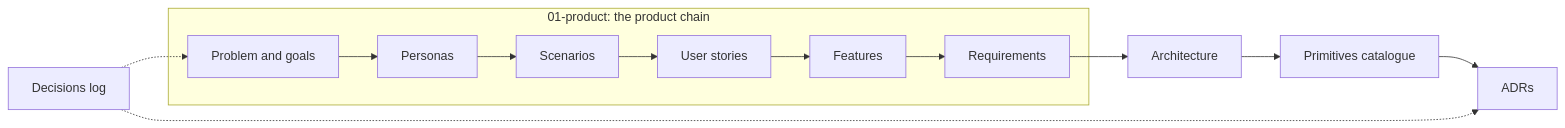
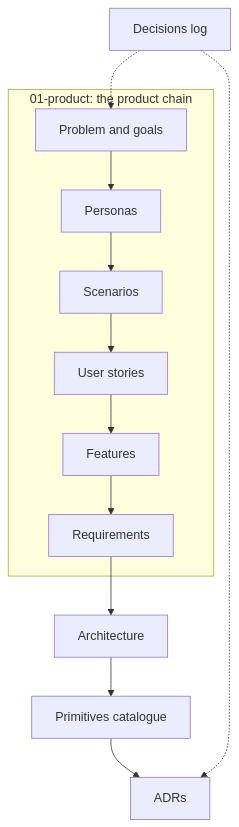
One commit to SaiiPittu/aksha changed the diagram in docs/design/README.md. Above: the diagram before and after it, drawn with Mermaid. The commit also changed 30 other files, not shown here.

````diff
--- a/docs/design/README.md
+++ b/docs/design/README.md
@@ -28,11 +28,11 @@
 ```mermaid
-flowchart LR
+flowchart TB
   subgraph Product["01-product: the product chain"]
     PG["Problem and goals"] --> PE["Personas"] --> SC["Scenarios"] --> US["User stories"] --> FE["Features"] --> RQ["Requirements"]
   end
   RQ --> AR["Architecture"]
   AR --> PR["Primitives catalogue"]
   PR --> AD["ADRs"]
   DL["Decisions log"] -.-> PG
   DL -.-> AD
 ```
````
